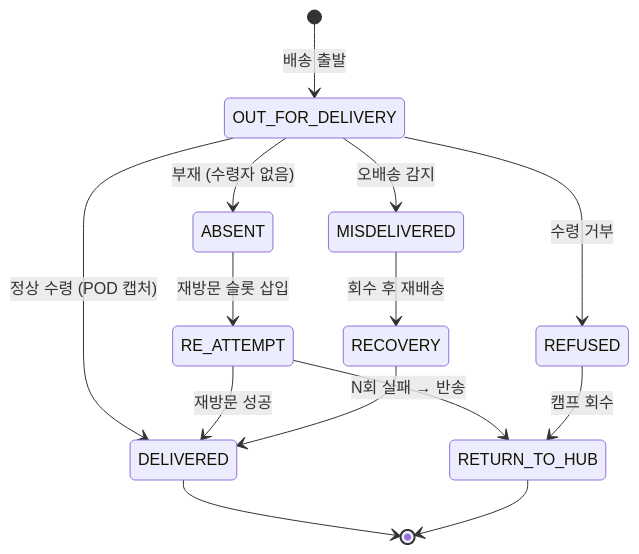
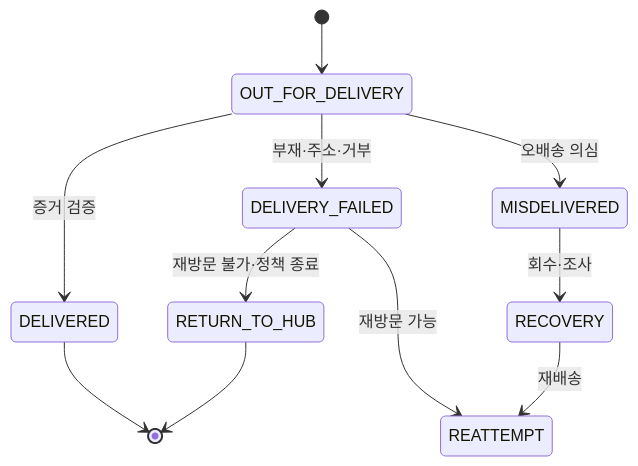
One commit to hyeongseoblim/systemdesign changed the third of 3 diagrams in apps/api/src/main/resources/content/logistics-05-last-mile-routing.md. Above: the diagram before and after it, drawn with Mermaid. The commit also changed other lines of this file and 96 other files, not shown here.

````diff
--- a/apps/api/src/main/resources/content/logistics-05-last-mile-routing.md
+++ b/apps/api/src/main/resources/content/logistics-05-last-mile-routing.md
@@ -181,16 +110,13 @@
 ```mermaid
 stateDiagram-v2
-    [*] --> OUT_FOR_DELIVERY : 배송 출발
-    OUT_FOR_DELIVERY --> DELIVERED : 정상 수령 (POD 캡처)
-    OUT_FOR_DELIVERY --> ABSENT : 부재 (수령자 없음)
-    OUT_FOR_DELIVERY --> REFUSED : 수령 거부
-    OUT_FOR_DELIVERY --> MISDELIVERED : 오배송 감지
-    ABSENT --> RE_ATTEMPT : 재방문 슬롯 삽입
-    RE_ATTEMPT --> DELIVERED : 재방문 성공
-    RE_ATTEMPT --> RETURN_TO_HUB : N회 실패 → 반송
-    REFUSED --> RETURN_TO_HUB : 캠프 회수
-    MISDELIVERED --> RECOVERY : 회수 후 재배송
-    RECOVERY --> DELIVERED
+    [*] --> OUT_FOR_DELIVERY
+    OUT_FOR_DELIVERY --> DELIVERED : 증거 검증
+    OUT_FOR_DELIVERY --> DELIVERY_FAILED : 부재·주소·거부
+    OUT_FOR_DELIVERY --> MISDELIVERED : 오배송 의심
+    DELIVERY_FAILED --> REATTEMPT : 재방문 가능
+    DELIVERY_FAILED --> RETURN_TO_HUB : 재방문 불가·정책 종료
+    MISDELIVERED --> RECOVERY : 회수·조사
+    RECOVERY --> REATTEMPT : 재배송
     DELIVERED --> [*]
     RETURN_TO_HUB --> [*]
 ```
````
